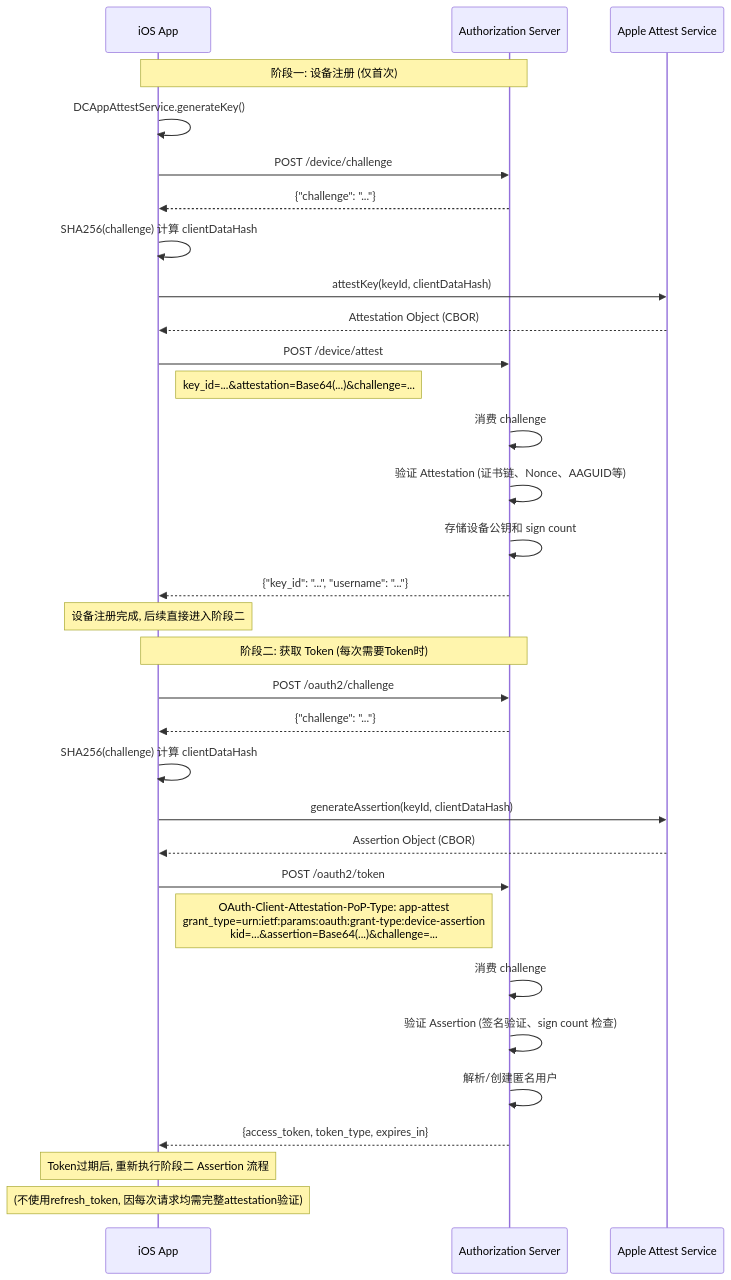
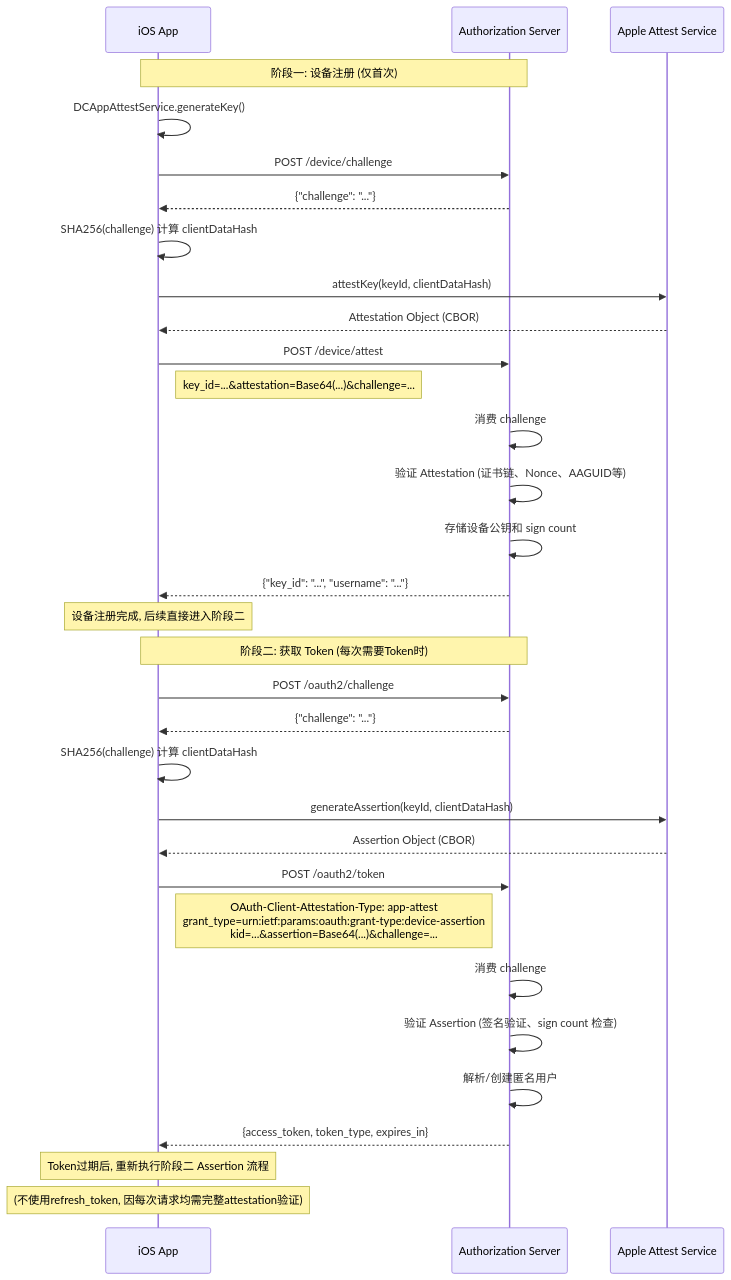
The diagram in docs/apis/zh-cn/APIs-#-Apple-App-Attest.md (euler-projects/euler-framework), drawn with Mermaid before and after one commit. The commit also changed other lines of this file and 5 other files, not shown here.

Commit message:
refactor(auth): rename OAuth-Client-Attestation-PoP-Type to OAuth-Client-Attestation-Type

````diff
--- a/docs/apis/zh-cn/APIs-#-Apple-App-Attest.md
+++ b/docs/apis/zh-cn/APIs-#-Apple-App-Attest.md
@@ -140,42 +140,42 @@
 ```mermaid
 sequenceDiagram
     participant App as iOS App
     participant Server as Authorization Server
     participant Apple as Apple Attest Service
 
     Note over App,Server: 阶段一: 设备注册 (仅首次)
     App->>App: DCAppAttestService.generateKey()
     App->>Server: POST /device/challenge
     Server-->>App: {"challenge": "..."}
 
     App->>App: SHA256(challenge) 计算 clientDataHash
     App->>Apple: attestKey(keyId, clientDataHash)
     Apple-->>App: Attestation Object (CBOR)
 
     App->>Server: POST /device/attest
     Note right of App: key_id=...&attestation=Base64(...)&challenge=...
     Server->>Server: 消费 challenge
     Server->>Server: 验证 Attestation (证书链、Nonce、AAGUID等)
     Server->>Server: 存储设备公钥和 sign count
     Server-->>App: {"key_id": "...", "username": "..."}
 
     Note over App: 设备注册完成, 后续直接进入阶段二
 
     Note over App,Server: 阶段二: 获取 Token (每次需要Token时)
     App->>Server: POST /oauth2/challenge
     Server-->>App: {"challenge": "..."}
 
     App->>App: SHA256(challenge) 计算 clientDataHash
     App->>Apple: generateAssertion(keyId, clientDataHash)
     Apple-->>App: Assertion Object (CBOR)
 
     App->>Server: POST /oauth2/token
-    Note right of App: OAuth-Client-Attestation-PoP-Type: app-attest<br/>grant_type=urn:ietf:params:oauth:grant-type:device-assertion<br/>kid=...&assertion=Base64(...)&challenge=...
+    Note right of App: OAuth-Client-Attestation-Type: app-attest<br/>grant_type=urn:ietf:params:oauth:grant-type:device-assertion<br/>kid=...&assertion=Base64(...)&challenge=...
     Server->>Server: 消费 challenge
     Server->>Server: 验证 Assertion (签名验证、sign count 检查)
     Server->>Server: 解析/创建匿名用户
     Server-->>App: {access_token, token_type, expires_in}
 
     Note over App: Token过期后, 重新执行阶段二 Assertion 流程
     Note over App: (不使用refresh_token, 因每次请求均需完整attestation验证)
 ```
````
